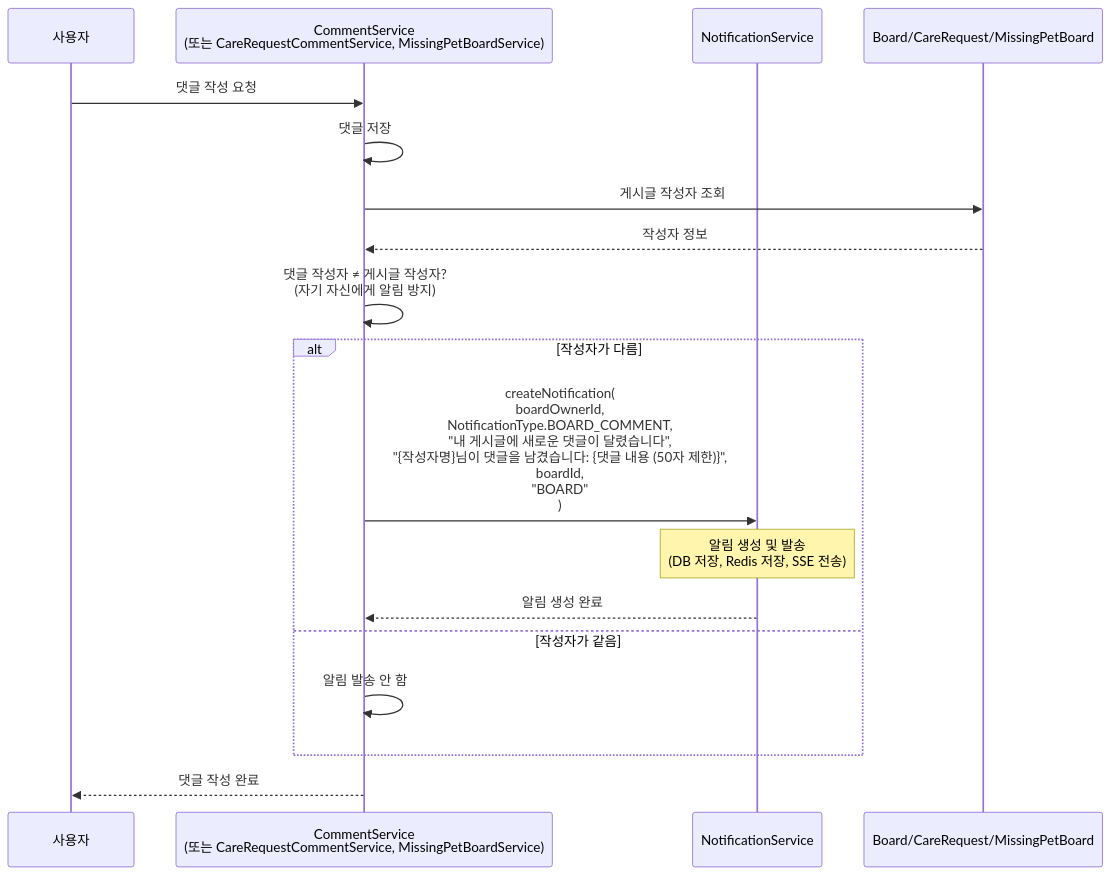
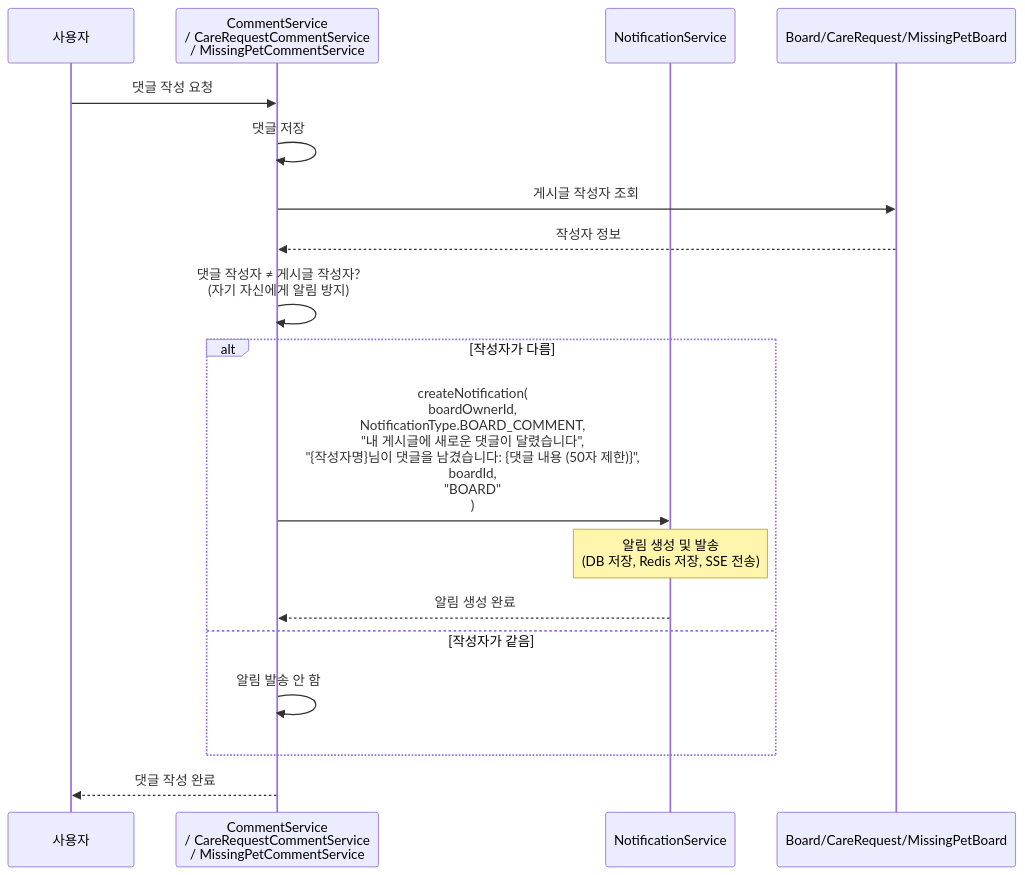
Before and after one commit to makkong1/Petory: the fifth of 5 diagrams in docs/architecture/알림 시스템 아키텍처.md, drawn with Mermaid. The commit also changed other lines of this file and 12 other files, not shown here.

Commit message:
docs(architecture): 도메인 아키텍처 문서를 최신 코드·API와 동기화

````diff
--- a/docs/architecture/알림 시스템 아키텍처.md
+++ b/docs/architecture/알림 시스템 아키텍처.md
@@ -619,27 +625,27 @@
 ```mermaid
 sequenceDiagram
     participant User as 사용자
-    participant CS as CommentService<br/>(또는 CareRequestCommentService, MissingPetBoardService)
+    participant CS as CommentService<br/>/ CareRequestCommentService<br/>/ MissingPetCommentService
     participant NS as NotificationService
     participant Board as Board/CareRequest/MissingPetBoard
     
     User->>CS: 댓글 작성 요청
     CS->>CS: 댓글 저장
     
     CS->>Board: 게시글 작성자 조회
     Board-->>CS: 작성자 정보
     
     CS->>CS: 댓글 작성자 ≠ 게시글 작성자?<br/>(자기 자신에게 알림 방지)
     
     alt 작성자가 다름
         CS->>NS: createNotification(<br/>  boardOwnerId,<br/>  NotificationType.BOARD_COMMENT,<br/>  "내 게시글에 새로운 댓글이 달렸습니다",<br/>  "{작성자명}님이 댓글을 남겼습니다: {댓글 내용 (50자 제한)}",<br/>  boardId,<br/>  "BOARD"<br/>)
         
         Note over NS: 알림 생성 및 발송<br/>(DB 저장, Redis 저장, SSE 전송)
         
         NS-->>CS: 알림 생성 완료
     else 작성자가 같음
         CS->>CS: 알림 발송 안 함
     end
     
     CS-->>User: 댓글 작성 완료
 ```
````
